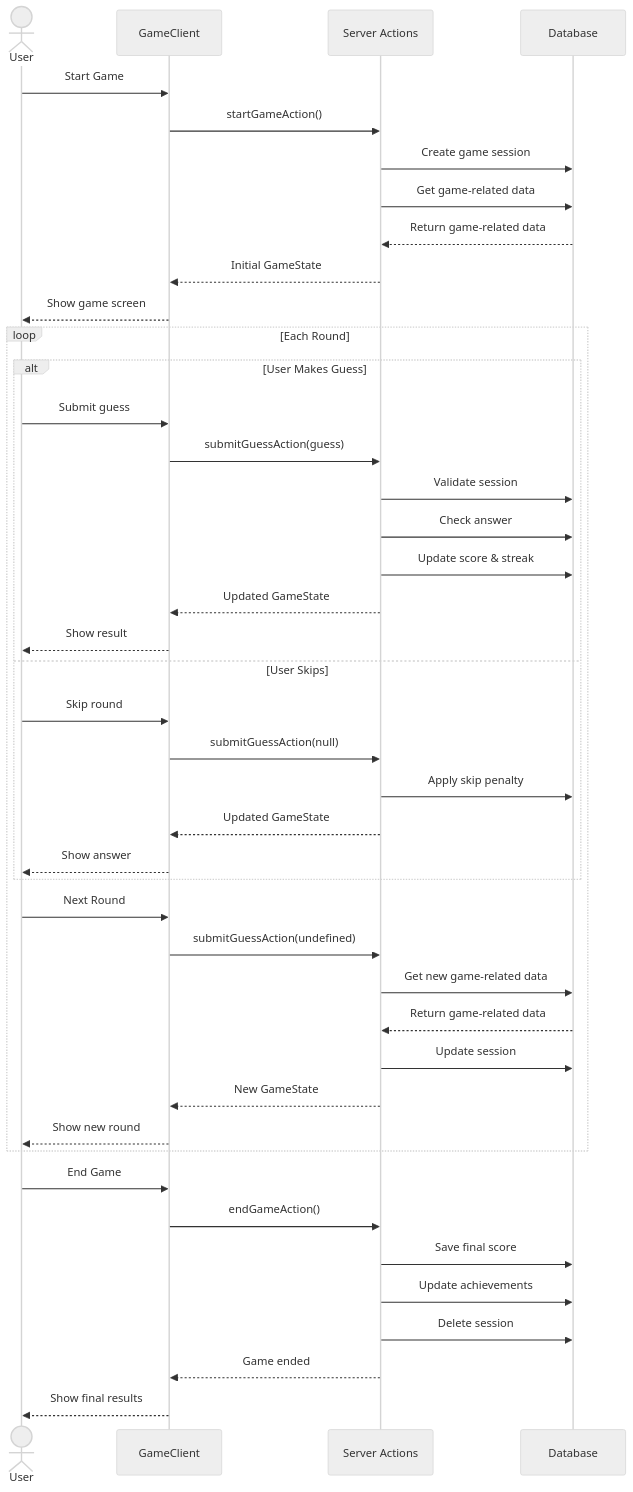
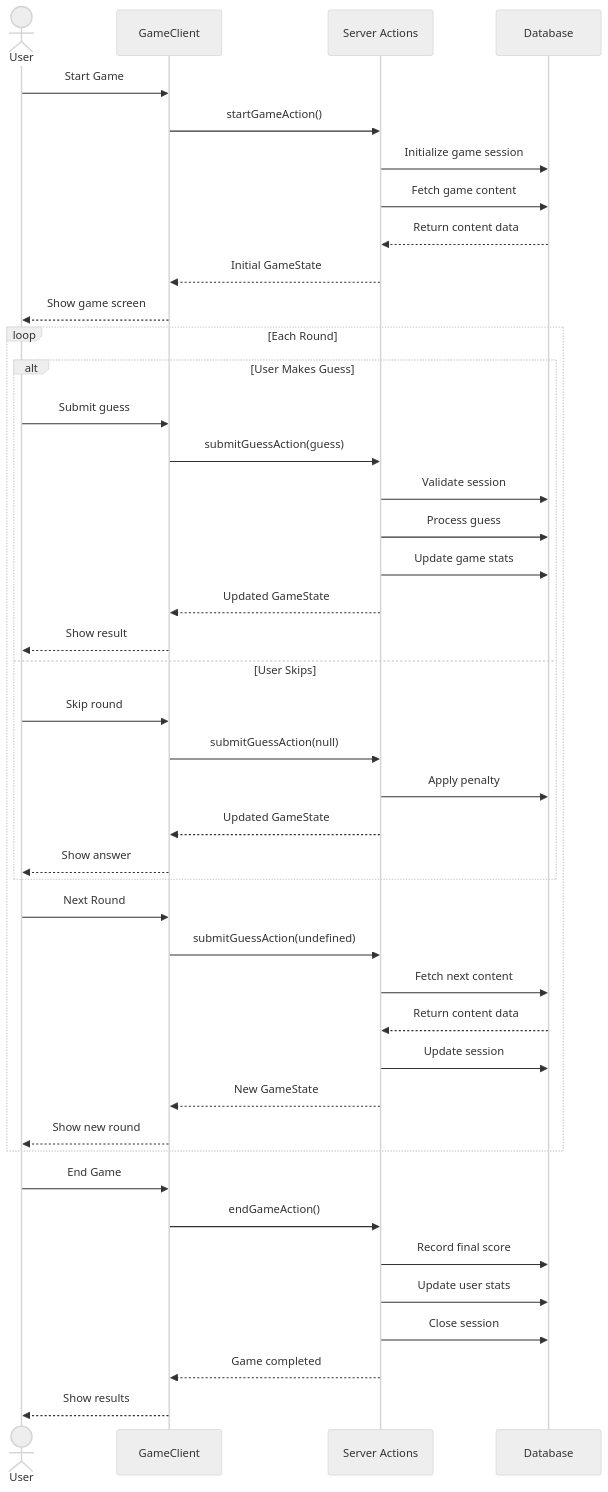
The diagram in docs/game-flow.md (yorunoken/osu-guessr), drawn with Mermaid (neutral theme) before and after one commit.

````diff
--- a/docs/game-flow.md
+++ b/docs/game-flow.md
@@ -3,49 +3,49 @@
 ```mermaid
 sequenceDiagram
     actor User
     participant Client as GameClient
     participant Server as Server Actions
     participant DB as Database
 
     User->>Client: Start Game
     Client->>Server: startGameAction()
-    Server->>DB: Create game session
-    Server->>DB: Get game-related data
-    DB-->>Server: Return game-related data
+    Server->>DB: Initialize game session
+    Server->>DB: Fetch game content
+    DB-->>Server: Return content data
     Server-->>Client: Initial GameState
     Client-->>User: Show game screen
 
     loop Each Round
         alt User Makes Guess
             User->>Client: Submit guess
             Client->>Server: submitGuessAction(guess)
             Server->>DB: Validate session
-            Server->>DB: Check answer
-            Server->>DB: Update score & streak
+            Server->>DB: Process guess
+            Server->>DB: Update game stats
             Server-->>Client: Updated GameState
             Client-->>User: Show result
         else User Skips
             User->>Client: Skip round
             Client->>Server: submitGuessAction(null)
-            Server->>DB: Apply skip penalty
+            Server->>DB: Apply penalty
             Server-->>Client: Updated GameState
             Client-->>User: Show answer
         end
 
         User->>Client: Next Round
         Client->>Server: submitGuessAction(undefined)
-        Server->>DB: Get new game-related data
-        DB-->>Server: Return game-related data
+        Server->>DB: Fetch next content
+        DB-->>Server: Return content data
         Server->>DB: Update session
         Server-->>Client: New GameState
         Client-->>User: Show new round
     end
 
     User->>Client: End Game
     Client->>Server: endGameAction()
-    Server->>DB: Save final score
-    Server->>DB: Update achievements
-    Server->>DB: Delete session
-    Server-->>Client: Game ended
-    Client-->>User: Show final results
+    Server->>DB: Record final score
+    Server->>DB: Update user stats
+    Server->>DB: Close session
+    Server-->>Client: Game completed
+    Client-->>User: Show results
 ```
````
